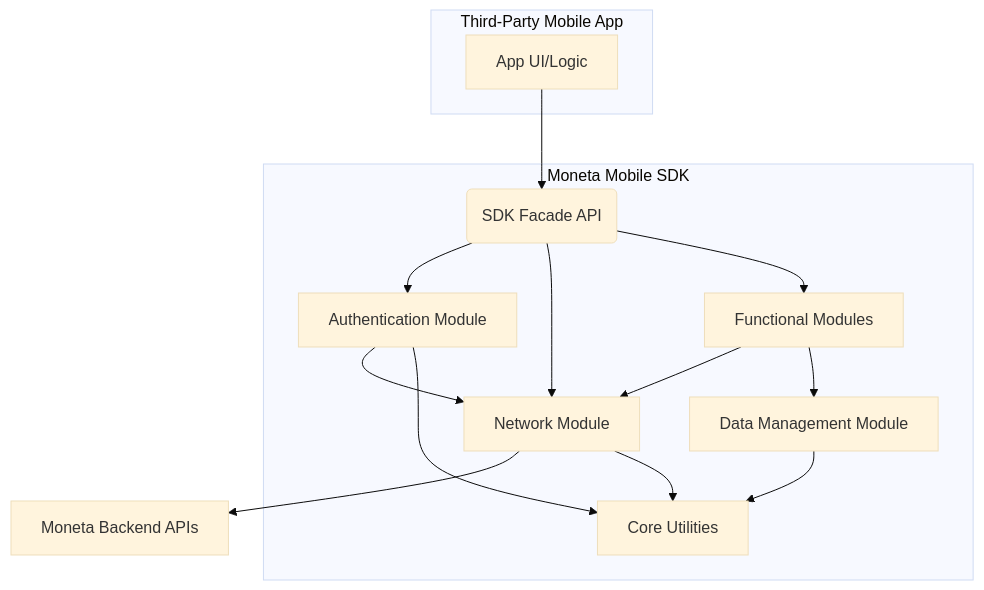
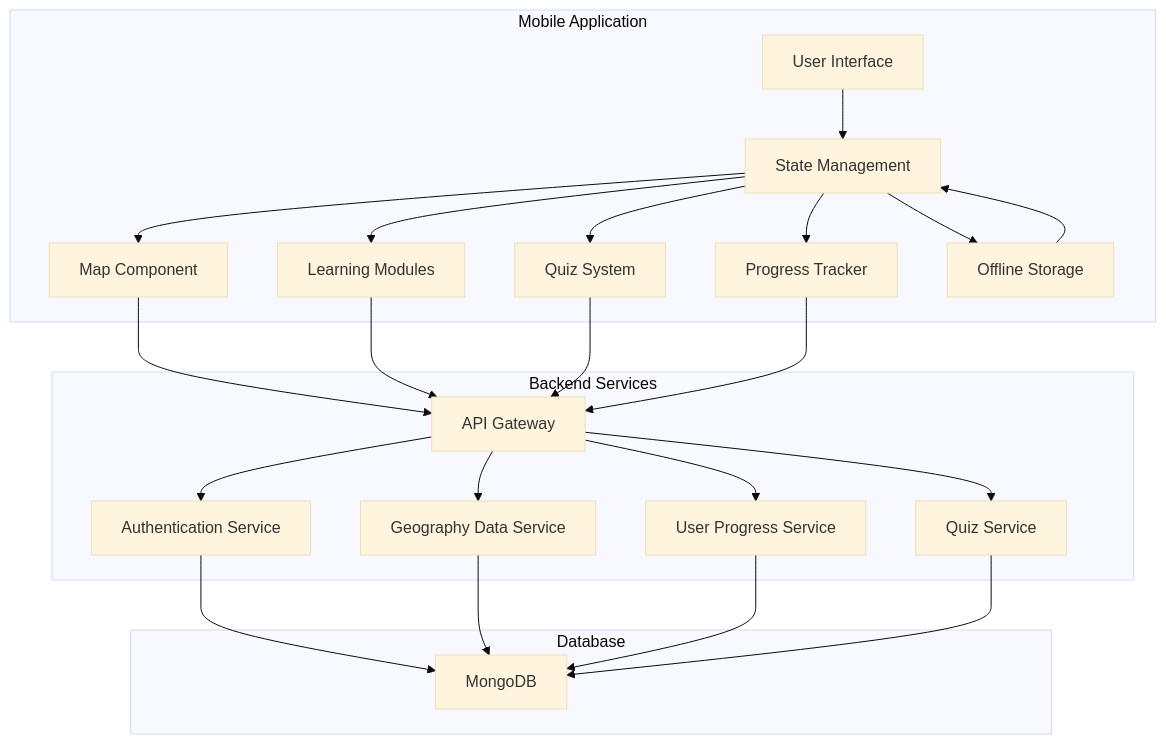
One commit to DuyLuu/map_explorer changed the diagram in .ai/arch.md. Above: the diagram before and after it, drawn with Mermaid (base theme). The commit also changed other lines of this file and 36 other files, not shown here.

Commit message:
docs: update architecture and PRD for World Explorer app; add epic overview and detailed project structure

````diff
--- a/.ai/arch.md
+++ b/.ai/arch.md
@@ -20,29 +27,47 @@
 ```mermaid
 graph TD
-    subgraph Third-Party Mobile App
-        A[App UI/Logic]
+    subgraph Mobile Application
+        A[User Interface]
+        B[State Management]
+        C[Map Component]
+        D[Learning Modules]
+        E[Quiz System]
+        F[Progress Tracker]
+        G[Offline Storage]
     end
 
-    subgraph Moneta Mobile SDK
-        B(SDK Facade API)
-        C[Authentication Module]
-        D[Network Module]
-        E[Data Management Module]
-        F[Functional Modules]
-        G[Core Utilities]
+    subgraph Backend Services
+        H[API Gateway]
+        I[Authentication Service]
+        J[Geography Data Service]
+        K[User Progress Service]
+        L[Quiz Service]
     end
 
-    H[Moneta Backend APIs]
+    subgraph Database
+        M[MongoDB]
+    end
 
     A --> B
     B --> C
     B --> D
+    B --> E
     B --> F
-    C --> D
+    B --> G
+    G --> B
+
+    C --> H
     D --> H
-    F --> D
-    F --> E
-    E --> G
-    C --> G
-    D --> G
+    E --> H
+    F --> H
+
+    H --> I
+    H --> J
+    H --> K
+    H --> L
+
+    I --> M
+    J --> M
+    K --> M
+    L --> M
 ```
````
